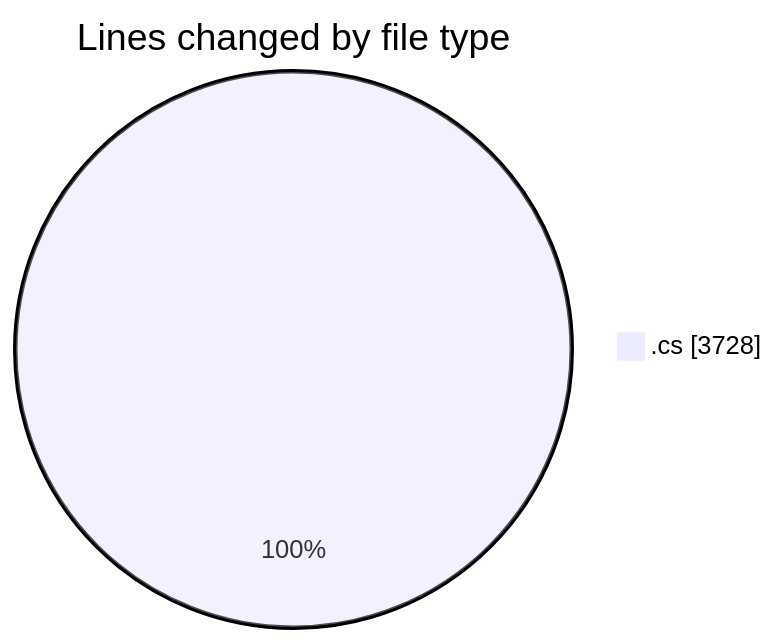
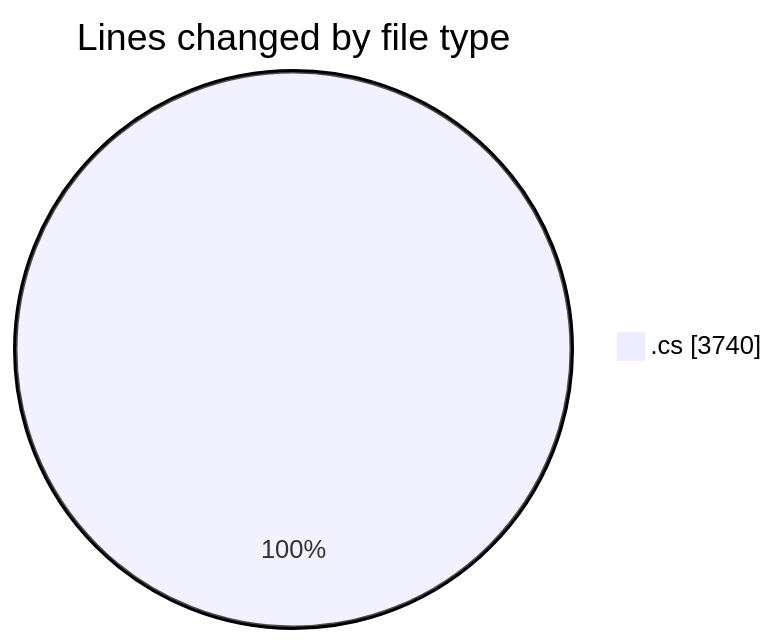
One commit to Netris89/code-tracking changed the first of 2 diagrams in 2025-03-26/back-end/README.md. Above: the diagram before and after it, drawn with Mermaid. The commit also changed other lines of this file and 1 other file, not shown here.

````diff
--- a/2025-03-26/back-end/README.md
+++ b/2025-03-26/back-end/README.md
@@ -45,5 +46,5 @@
 ```mermaid
 pie showData
 title Lines changed by file type
-".cs" : 3728
+".cs" : 3740
 ```
````
